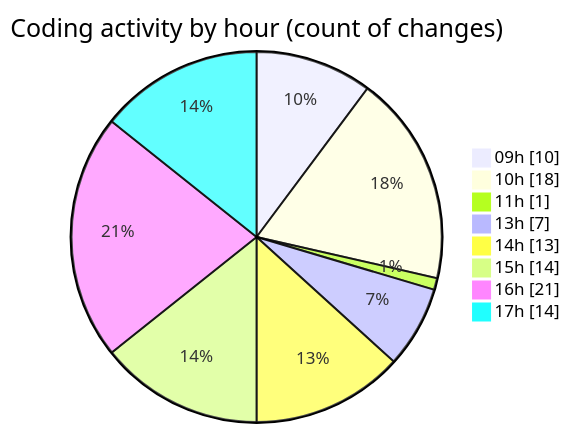
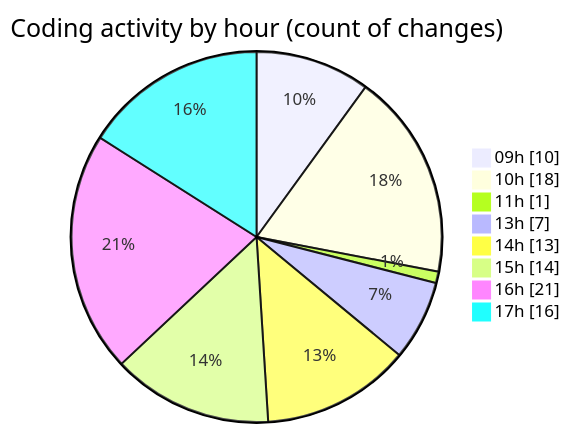
One commit to nxtqubesakshisongat/code-tracking changed the second of 2 diagrams in 2026-04-06/airfeed-analytics-dashboard/README.md. Above: the diagram before and after it, drawn with Mermaid. The commit also changed other lines of this file and 1 other file, not shown here.

````diff
--- a/2026-04-06/airfeed-analytics-dashboard/README.md
+++ b/2026-04-06/airfeed-analytics-dashboard/README.md
@@ -53,12 +53,12 @@
 ```mermaid
 pie showData
 title Coding activity by hour (count of changes)
 "09h" : 10
 "10h" : 18
 "11h" : 1
 "13h" : 7
 "14h" : 13
 "15h" : 14
 "16h" : 21
-"17h" : 14
+"17h" : 16
 ```
````
